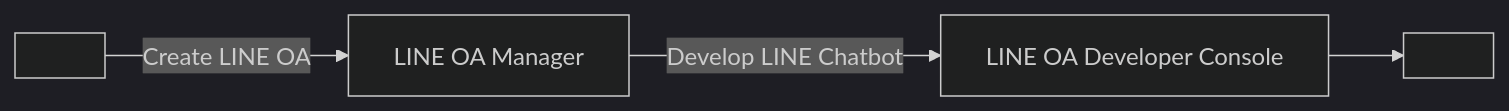
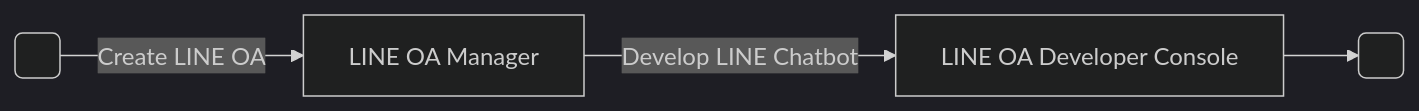
Before and after one commit to ppromsiri/r2gai-line-x-gemini: the diagram in 00-create-line-chatbot/README.md, drawn with Mermaid (dark theme). The commit also changed other lines of this file and 6 other files, not shown here.

````diff
--- a/00-create-line-chatbot/README.md
+++ b/00-create-line-chatbot/README.md
@@ -11,5 +17,5 @@
 ```mermaid
 
-graph LR; A[" "] --Create LINE OA--> C[LINE OA Manager] --Develop LINE Chatbot--> E[LINE OA Developer Console] --> Z[" "]
+graph LR; A(" ") --Create LINE OA--> C[LINE OA Manager] --Develop LINE Chatbot--> E[LINE OA Developer Console] --> Z(" ")
 
 ```
````
